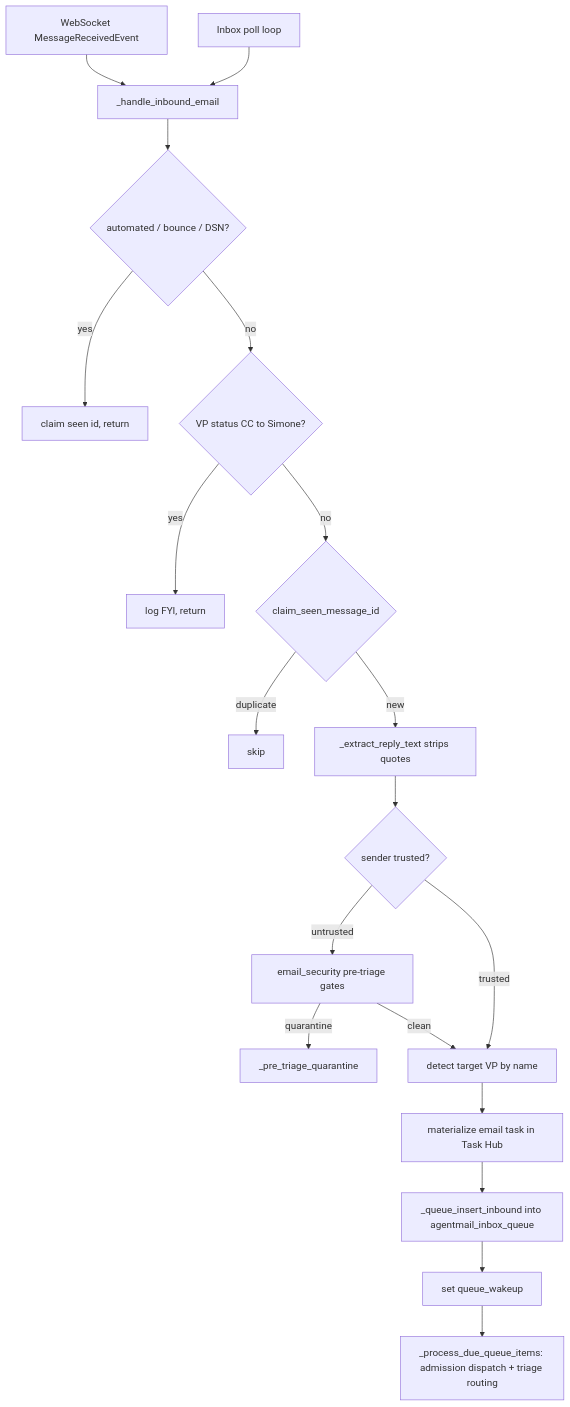
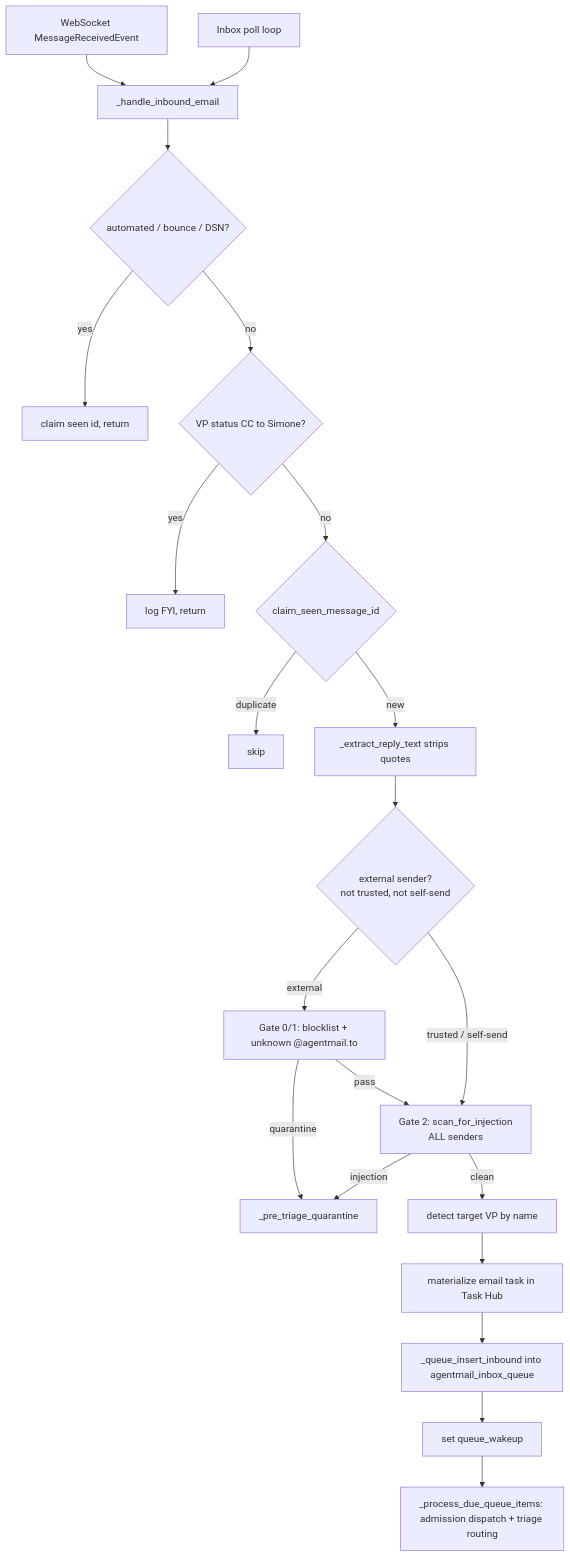
Before and after one commit to Kjdragan/universal_agent: the diagram in project_docs/05_channels/01_email_agentmail.md, drawn with Mermaid. The commit also changed other lines of this file and 4 other files, not shown here.

First line of the commit message:
feat(email): self-send ingestion + universal injection scanner (decouple scan from trust)

````diff
--- a/project_docs/05_channels/01_email_agentmail.md
+++ b/project_docs/05_channels/01_email_agentmail.md
@@ -84,21 +84,23 @@
 ```mermaid
 flowchart TD
     WS[WebSocket MessageReceivedEvent] --> H[_handle_inbound_email]
     POLL[Inbox poll loop] --> H
     H --> AUTO{automated / bounce / DSN?}
     AUTO -- yes --> DROP[claim seen id, return]
     AUTO -- no --> VPCC{VP status CC to Simone?}
     VPCC -- yes --> DROP2[log FYI, return]
     VPCC -- no --> SEEN{claim_seen_message_id}
     SEEN -- duplicate --> DROP3[skip]
     SEEN -- new --> EXTRACT[_extract_reply_text strips quotes]
-    EXTRACT --> TRUST{sender trusted?}
-    TRUST -- untrusted --> SEC[email_security pre-triage gates]
-    SEC -- quarantine --> PTQ[_pre_triage_quarantine]
-    SEC -- clean --> TGT[detect target VP by name]
-    TRUST -- trusted --> TGT
+    EXTRACT --> ORIGIN{external sender?<br/>not trusted, not self-send}
+    ORIGIN -- external --> G01[Gate 0/1: blocklist + unknown @agentmail.to]
+    G01 -- quarantine --> PTQ[_pre_triage_quarantine]
+    G01 -- pass --> SCAN[Gate 2: scan_for_injection<br/>ALL senders]
+    ORIGIN -- "trusted / self-send" --> SCAN
+    SCAN -- injection --> PTQ
+    SCAN -- clean --> TGT[detect target VP by name]
     TGT --> MAT[materialize email task in Task Hub]
     MAT --> QUEUE[_queue_insert_inbound into agentmail_inbox_queue]
     QUEUE --> WAKE[set queue_wakeup]
     WAKE --> LOOP[_process_due_queue_items: admission dispatch + triage routing]
 ```
````
